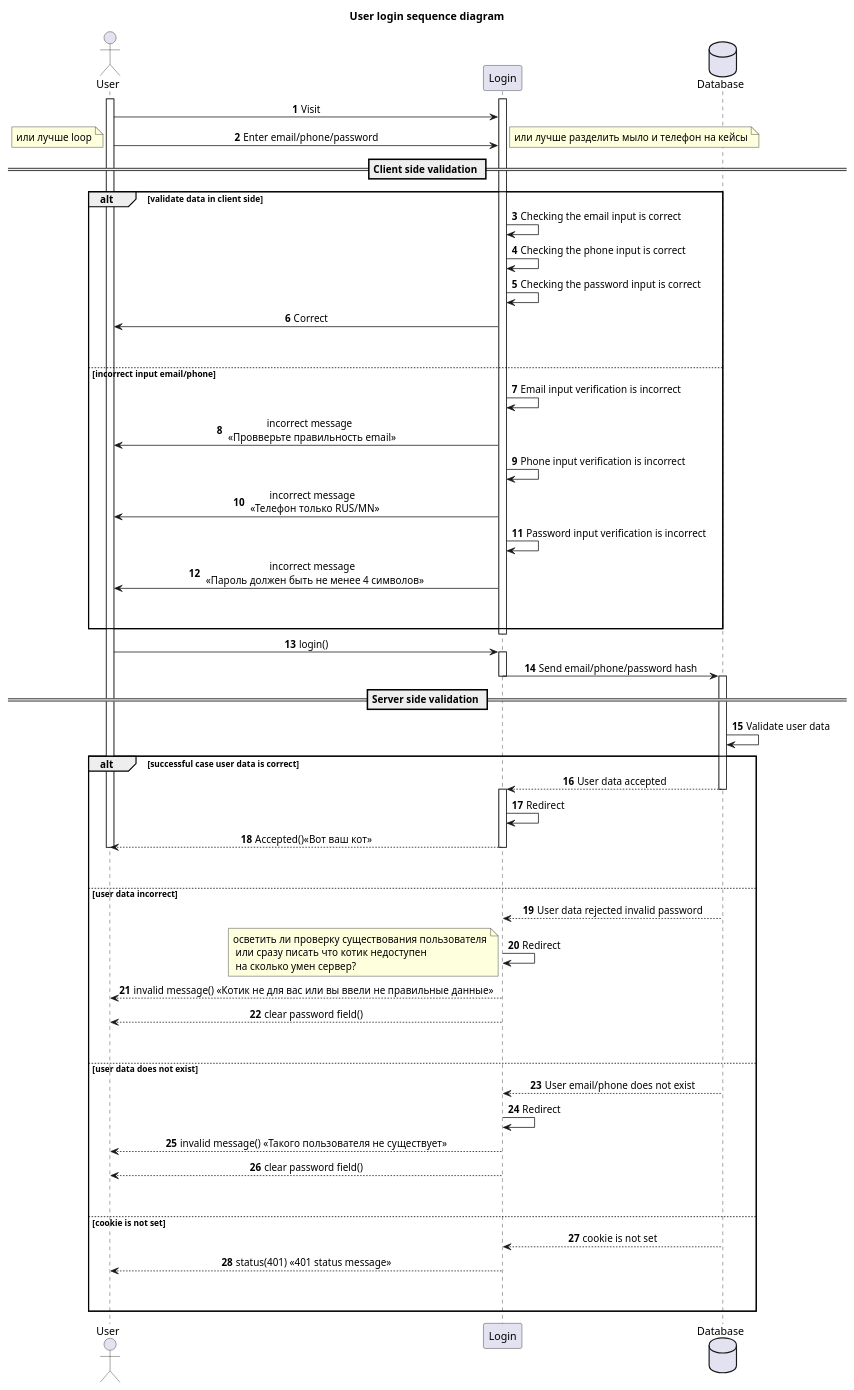
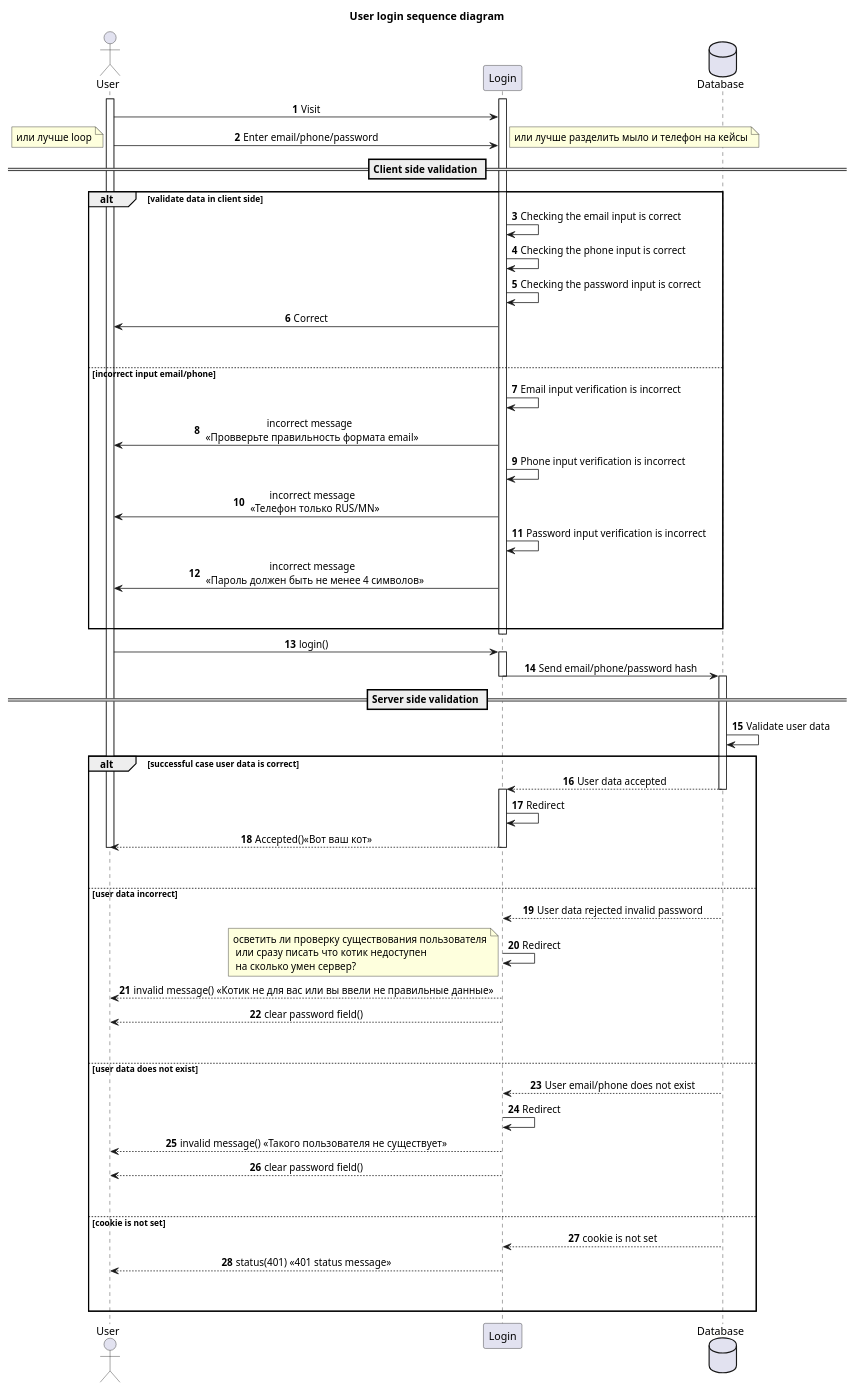
The diagram in Sucsessful_unsucsessful UML.puml (godoxyfair/igumenova_rmr_hw_server), drawn with PlantUML before and after one commit.

Commit message:
(un)successful case in progress (need hints)

```diff
--- a/Sucsessful_unsucsessful UML.puml
+++ b/Sucsessful_unsucsessful UML.puml
@@ -1,74 +1,74 @@
 @startuml
 'https://plantuml.com/sequence-diagram
 
 autonumber
 title User login sequence diagram
 actor User
 participant Login
 database  Database
 activate User
 activate Login
 
 skinparam sequenceMessageAlign center
 
 User -> Login: Visit
 User -> Login : Enter email/phone/password
 == Client side validation ==
 note left: или лучше loop
 note right: или лучше разделить мыло и телефон на кейсы
 alt validate data in client side
     Login -> Login: Checking the email input is correct
     Login -> Login: Checking the phone input is correct
     Login -> Login: Checking the password input is correct
     Login -> User: Correct
 ||45||
 else incorrect input email/phone
     Login -> Login: Email input verification is incorrect
-    Login -> User: incorrect message \n <<Провверьте правильность email>>
+    Login -> User: incorrect message \n <<Провверьте правильность формата email>>
     Login -> Login: Phone input verification is incorrect
     Login -> User: incorrect message \n <<Телефон только RUS/MN>>
     Login -> Login: Password input verification is incorrect
     Login -> User: incorrect message \n <<Пароль должен быть не менее 4 символов>>
 ||45||
 end
 
 deactivate Login
 User -> Login : login()
 
 activate Login
 Login -> Database: Send email/phone/password hash
 == Server side validation ==
 deactivate Login
 
 activate Database
 Database -> Database: Validate user data
 
 alt successful case user data is correct
     Database --> Login : User data accepted
     deactivate Database
     activate Login
     Login -> Login : Redirect
     Login --> User: Accepted()<<Вот ваш кот>>
     deactivate Login
     deactivate User
 ||45||
 else user data incorrect
     Database --> Login: User data rejected invalid password
     Login -> Login: Redirect
     note left: осветить ли проверку существования пользователя\n или сразу писать что котик недоступен\n на сколько умен сервер?
     Login --> User: invalid message() <<Котик не для вас или вы ввели не правильные данные>>
     Login --> User: clear password field()
 ||45||
 else user data does not exist
     Database --> Login: User email/phone does not exist
     Login -> Login: Redirect
     Login --> User: invalid message() <<Такого пользователя не существует>>
     Login --> User: clear password field()
 ||45||
 else cookie is not set
     Database --> Login: cookie is not set
     Login --> User: status(401) <<401 status message>>
 ||45||
 end
 
 @enduml
```
